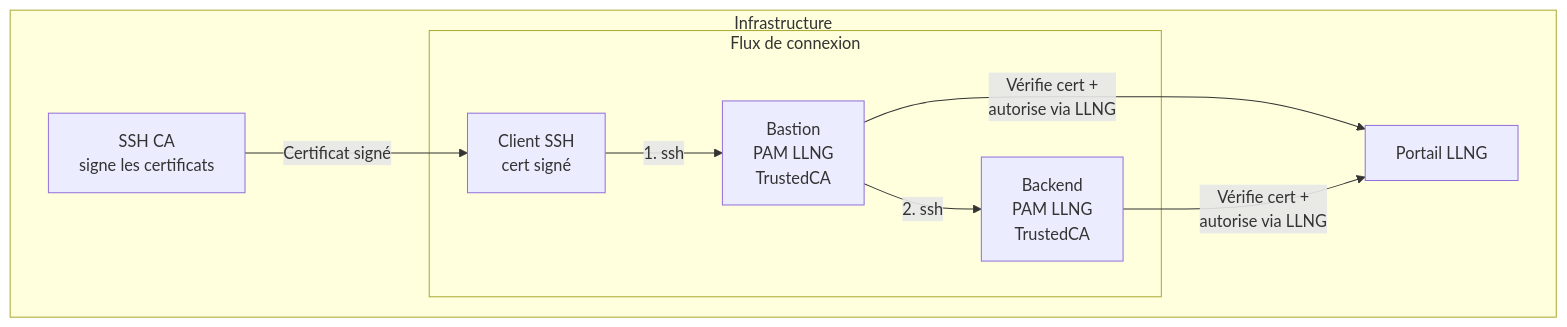
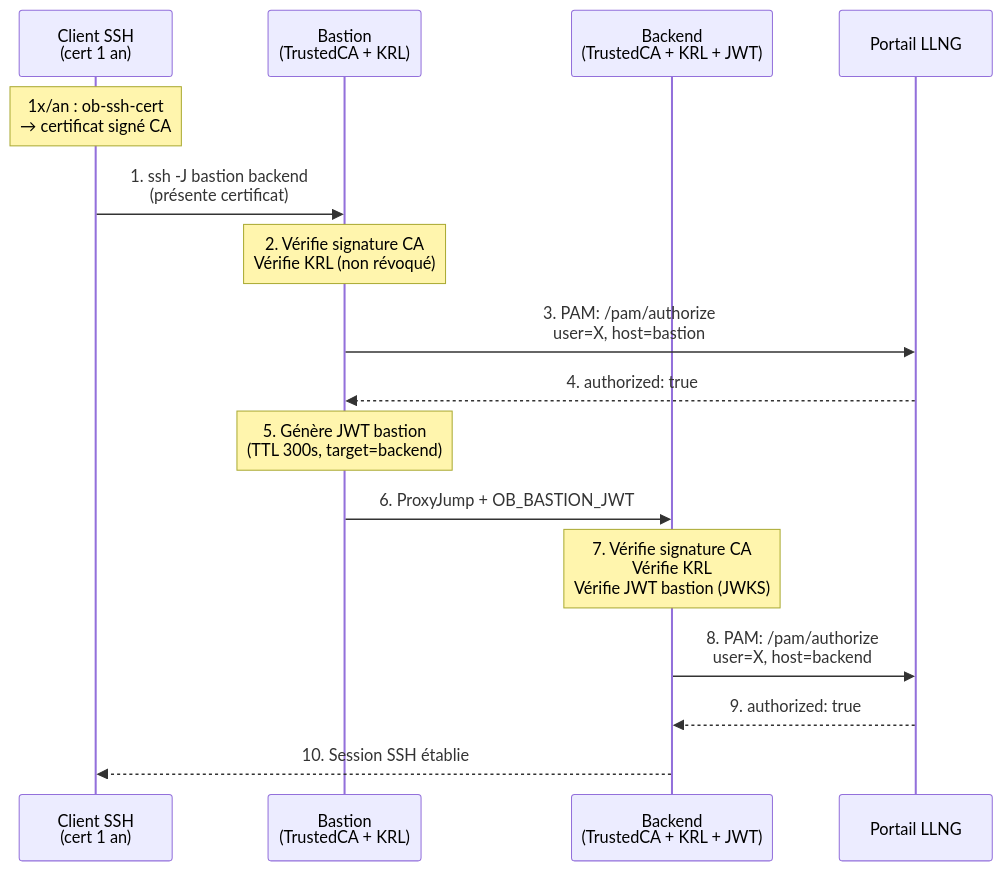
One commit to linagora/open-bastion changed the second of 5 diagrams in doc/security/02-ssh-connection.md. Above: the diagram before and after it, drawn with Mermaid. The commit also changed other lines of this file and 4 other files, not shown here.

````diff
--- a/doc/security/02-ssh-connection.md
+++ b/doc/security/02-ssh-connection.md
@@ -312,17 +69,20 @@
 ```mermaid
-flowchart TB
-    subgraph Infrastructure
-        CA[SSH CA<br/>signe les certificats]
-        LLNG[Portail LLNG]
+sequenceDiagram
+    participant Client as Client SSH<br/>(cert 1 an)
+    participant Bastion as Bastion<br/>(TrustedCA + KRL)
+    participant Backend as Backend<br/>(TrustedCA + KRL + JWT)
+    participant LLNG as Portail LLNG
 
-        CA -->|Certificat signé| Client
+    Note over Client: 1x/an : ob-ssh-cert<br/>→ certificat signé CA
 
-        subgraph ConnectionFlow["Flux de connexion"]
-            Client[Client SSH<br/>cert signé] -->|1. ssh| Bastion[Bastion<br/>PAM LLNG<br/>TrustedCA]
-            Bastion -->|2. ssh| Backend[Backend<br/>PAM LLNG<br/>TrustedCA]
-        end
-
-        Bastion -->|Vérifie cert +<br/>autorise via LLNG| LLNG
-        Backend -->|Vérifie cert +<br/>autorise via LLNG| LLNG
-    end
+    Client->>Bastion: 1. ssh -J bastion backend<br/>(présente certificat)
+    Note over Bastion: 2. Vérifie signature CA<br/>Vérifie KRL (non révoqué)
+    Bastion->>LLNG: 3. PAM: /pam/authorize<br/>user=X, host=bastion
+    LLNG-->>Bastion: 4. authorized: true
+    Note over Bastion: 5. Génère JWT bastion<br/>(TTL 300s, target=backend)
+    Bastion->>Backend: 6. ProxyJump + OB_BASTION_JWT
+    Note over Backend: 7. Vérifie signature CA<br/>Vérifie KRL<br/>Vérifie JWT bastion (JWKS)
+    Backend->>LLNG: 8. PAM: /pam/authorize<br/>user=X, host=backend
+    LLNG-->>Backend: 9. authorized: true
+    Backend-->>Client: 10. Session SSH établie
 ```
````
